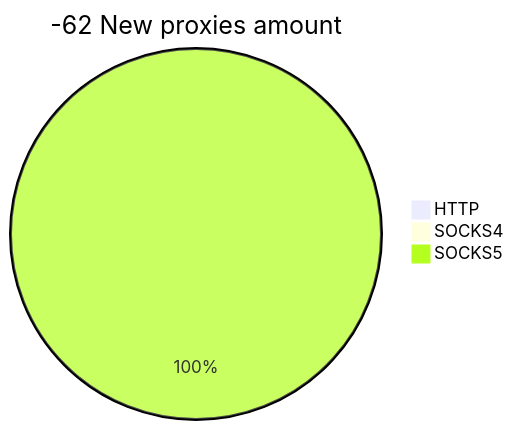
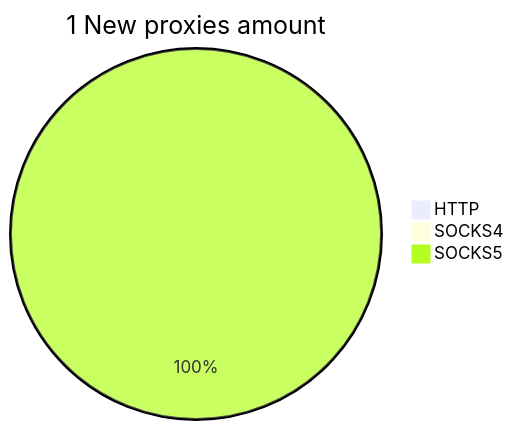
The second of 2 diagrams in README.md (cutipu/proxylist), drawn with Mermaid before and after one commit. The commit also changed other lines of this file, not shown here.

````diff
--- a/README.md
+++ b/README.md
@@ -10,6 +10,6 @@
 ```mermaid
-pie title -62 New proxies amount
+pie title 1 New proxies amount
     "HTTP" : 0
     "SOCKS4" : 0
-    "SOCKS5" : 18
+    "SOCKS5" : 3
 ```
````
